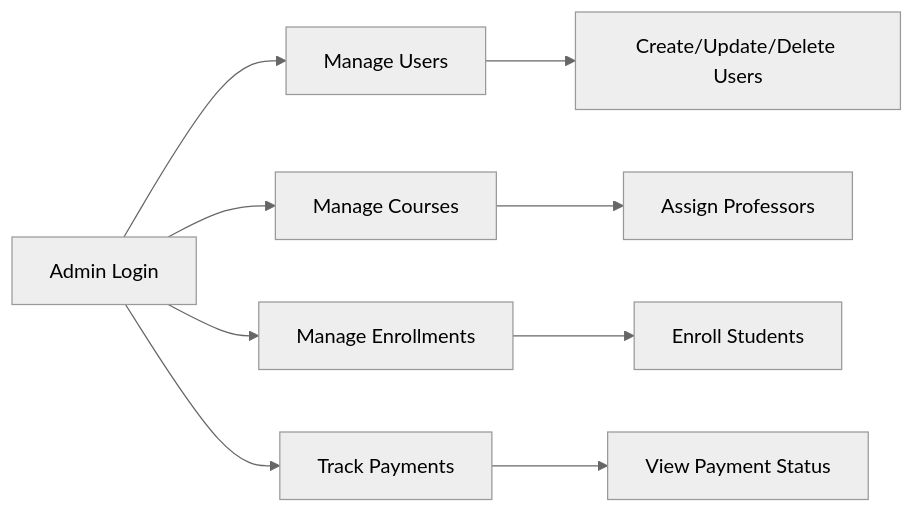
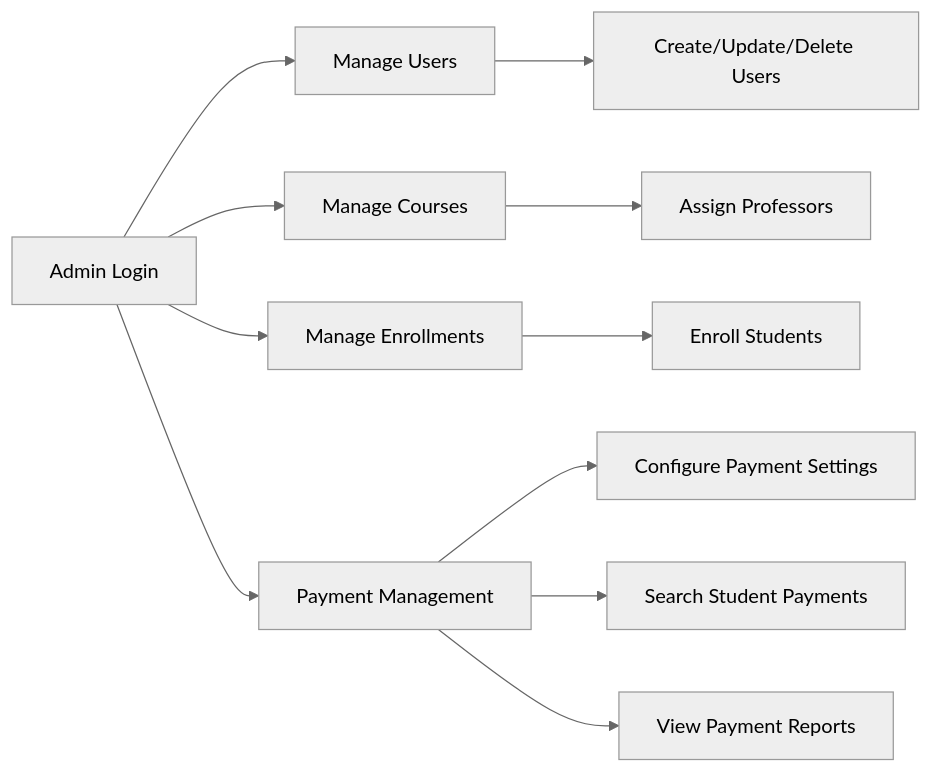
One commit to elfeshawy17/ELearning-Project changed the seventh of 10 diagrams in README.md. Above: the diagram before and after it, drawn with Mermaid (neutral theme). The commit also changed other lines of this file, not shown here.

````diff
--- a/README.md
+++ b/README.md
@@ -221,11 +335,13 @@
 ```mermaid
 graph LR
     A[Admin Login] --> B[Manage Users]
     A --> C[Manage Courses]
     A --> D[Manage Enrollments]
-    A --> E[Track Payments]
+    A --> E[Payment Management]
     B --> F[Create/Update/Delete Users]
     C --> G[Assign Professors]
     D --> H[Enroll Students]
-    E --> I[View Payment Status]
+    E --> I[Configure Payment Settings]
+    E --> J[Search Student Payments]
+    E --> K[View Payment Reports]
 ```
````
